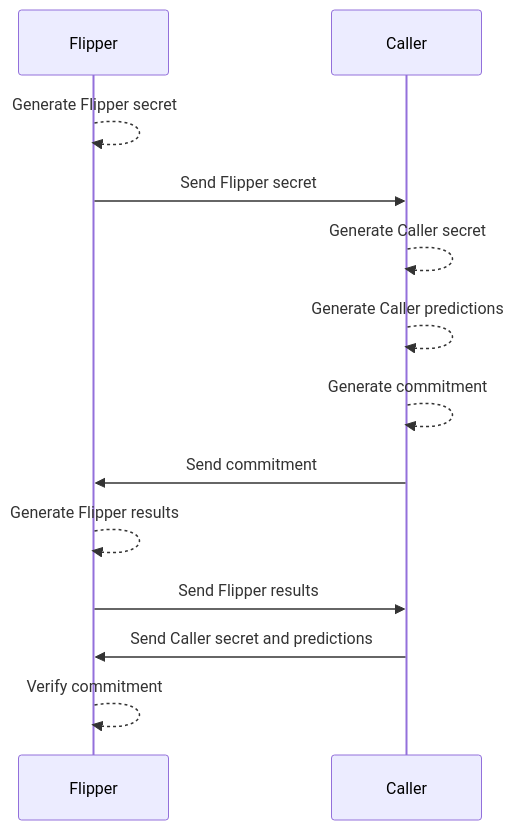
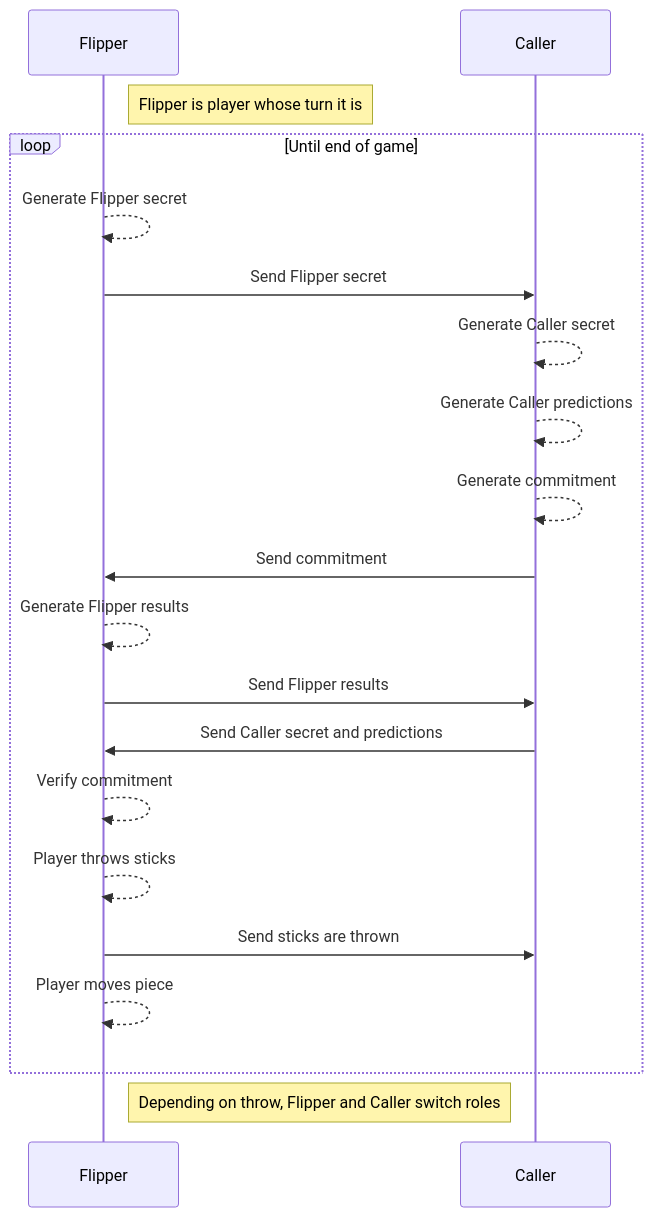
Before and after one commit to macabot/senet: the second of 2 diagrams in README.md, drawn with Mermaid.

````diff
--- a/README.md
+++ b/README.md
@@ -120,13 +120,20 @@
 ```mermaid
 sequenceDiagram
-    Flipper-->>Flipper: Generate Flipper secret
-    Flipper->>Caller: Send Flipper secret
-    Caller-->>Caller: Generate Caller secret
-    Caller-->>Caller: Generate Caller predictions
-    Caller-->>Caller: Generate commitment
-    Caller->>Flipper: Send commitment
-    Flipper-->>Flipper: Generate Flipper results
-    Flipper->>Caller: Send Flipper results
-    Caller->>Flipper: Send Caller secret and predictions
-    Flipper-->>Flipper: Verify commitment
+    Note right of Flipper: Flipper is player whose turn it is
+    loop Until end of game
+        Flipper-->>Flipper: Generate Flipper secret
+        Flipper->>Caller: Send Flipper secret
+        Caller-->>Caller: Generate Caller secret
+        Caller-->>Caller: Generate Caller predictions
+        Caller-->>Caller: Generate commitment
+        Caller->>Flipper: Send commitment
+        Flipper-->>Flipper: Generate Flipper results
+        Flipper->>Caller: Send Flipper results
+        Caller->>Flipper: Send Caller secret and predictions
+        Flipper-->>Flipper: Verify commitment
+        Flipper-->>Flipper: Player throws sticks
+        Flipper->>Caller: Send sticks are thrown
+        Flipper-->>Flipper: Player moves piece
+    end
+    Note right of Flipper: Depending on throw, Flipper and Caller switch roles
 ```
````
